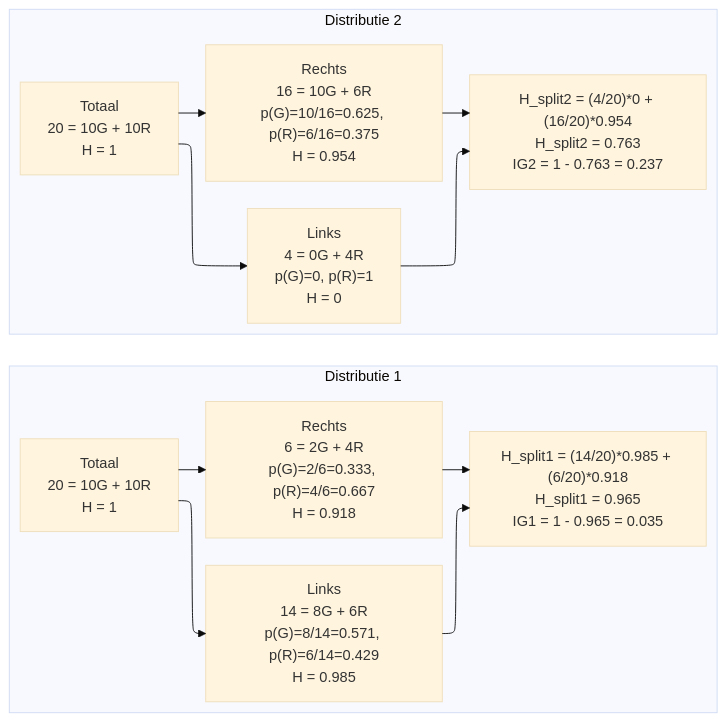
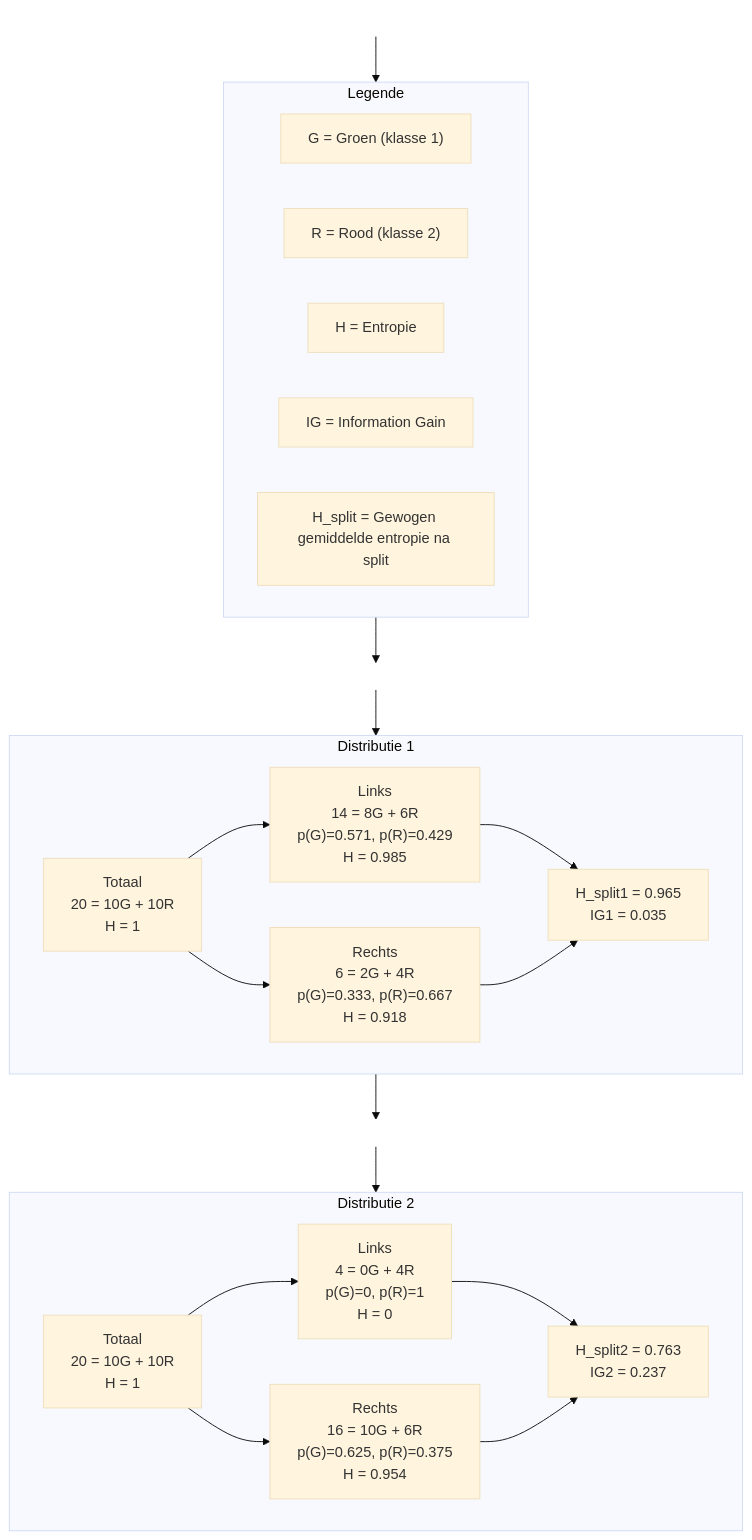
The diagram in 2 de jaar/AI Fundamentals/ai_fundamentals_samenvatting.md (kyell182/samenvattingen), drawn with Mermaid (base theme) before and after one commit. The commit also changed other lines of this file, not shown here.

Commit message:
Fix formatting issues in mathematical expressions and update flowchart structure for clarity

````diff
--- a/2 de jaar/AI Fundamentals/ai_fundamentals_samenvatting.md
+++ b/2 de jaar/AI Fundamentals/ai_fundamentals_samenvatting.md
@@ -1016,33 +1016,52 @@
 ```mermaid
----
-config:
-  layout: elk
----
-flowchart LR
+flowchart TD
+    %% ===== Dummy anker nodes om volgorde te forceren =====
+    ANCHOR1[ ]:::hidden
+    ANCHOR2[ ]:::hidden
+    ANCHOR3[ ]:::hidden
+
+    %% ===== Legende bovenaan =====
+    subgraph LEG["Legende"]
+        L1["G = Groen (klasse 1)"]
+        L2["R = Rood (klasse 2)"]
+        L3["H = Entropie"]
+        L4["IG = Information Gain"]
+        L5["H_split = Gewogen gemiddelde entropie na split"]
+    end
+
+    %% ===== Distributie 1 =====
     subgraph D1["Distributie 1"]
         T1["Totaal<br/>20 = 10G + 10R<br/>H = 1"]
+        L1_1["Links<br/>14 = 8G + 6R<br/>p(G)=0.571, p(R)=0.429<br/>H = 0.985"]
+        R1_1["Rechts<br/>6 = 2G + 4R<br/>p(G)=0.333, p(R)=0.667<br/>H = 0.918"]
+        S1_1["H_split1 = 0.965<br/>IG1 = 0.035"]
 
-        L1["Links<br/>14 = 8G + 6R<br/>p(G)=8/14=0.571, p(R)=6/14=0.429<br/>H = 0.985"]
-        R1["Rechts<br/>6 = 2G + 4R<br/>p(G)=2/6=0.333, p(R)=4/6=0.667<br/>H = 0.918"]
+        T1 --> L1_1
+        T1 --> R1_1
+        L1_1 --> S1_1
+        R1_1 --> S1_1
+    end
 
-        S1["H_split1 = (14/20)*0.985 + (6/20)*0.918<br/>H_split1 = 0.965<br/>IG1 = 1 - 0.965 = 0.035"]
-
-        T1 --> L1
-        T1 --> R1
-        L1 --> S1
-        R1 --> S1
-    end
+    %% ===== Distributie 2 =====
     subgraph D2["Distributie 2"]
         T2["Totaal<br/>20 = 10G + 10R<br/>H = 1"]
+        L2_1["Links<br/>4 = 0G + 4R<br/>p(G)=0, p(R)=1<br/>H = 0"]
+        R2_1["Rechts<br/>16 = 10G + 6R<br/>p(G)=0.625, p(R)=0.375<br/>H = 0.954"]
+        S2_1["H_split2 = 0.763<br/>IG2 = 0.237"]
 
-        L2["Links<br/>4 = 0G + 4R<br/>p(G)=0, p(R)=1<br/>H = 0"]
-        R2["Rechts<br/>16 = 10G + 6R<br/>p(G)=10/16=0.625, p(R)=6/16=0.375<br/>H = 0.954"]
+        T2 --> L2_1
+        T2 --> R2_1
+        L2_1 --> S2_1
+        R2_1 --> S2_1
+    end
 
-        S2["H_split2 = (4/20)*0 + (16/20)*0.954<br/>H_split2 = 0.763<br/>IG2 = 1 - 0.763 = 0.237"]
+    %% ===== Volgorde afdwingen via dummy anchors =====
+    ANCHOR1 --> LEG
+    LEG --> ANCHOR2
+    ANCHOR2 --> D1
+    D1 --> ANCHOR3
+    ANCHOR3 --> D2
 
-        T2 --> L2
-        T2 --> R2
-        L2 --> S2
-        R2 --> S2
-    end
+    %% ===== Verborgen stijl voor dummy nodes =====
+    classDef hidden fill:none,stroke:none;
 ```
````
